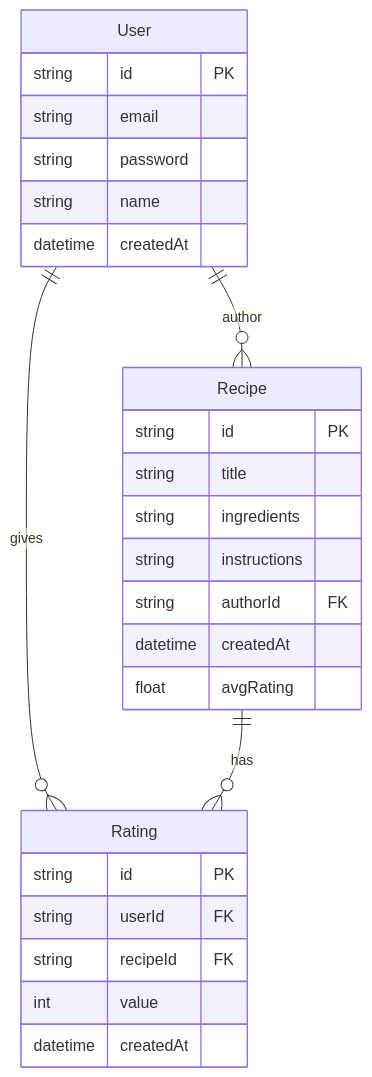
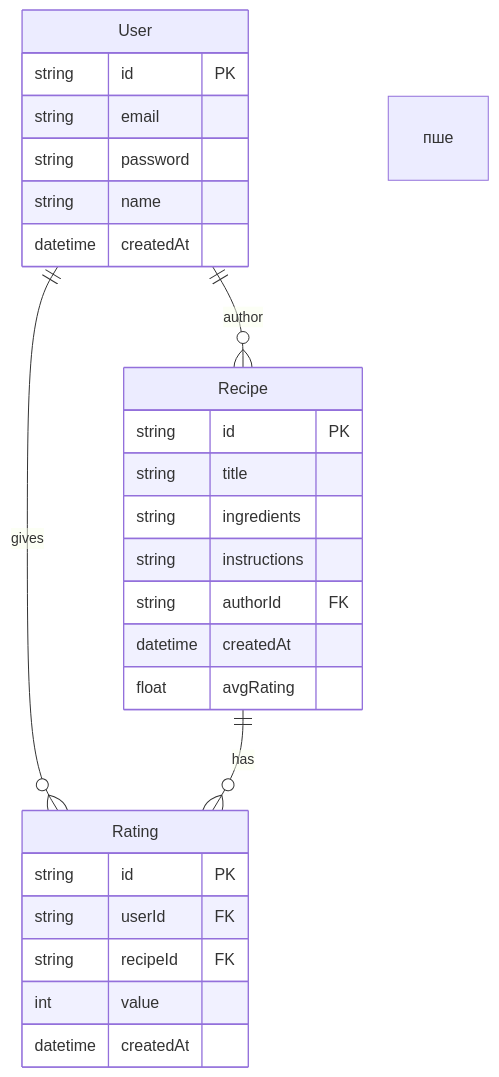
One commit to jeklon/Test-Task-FlavorAI changed the diagram in README.md. Above: the diagram before and after it, drawn with Mermaid. The commit also changed other lines of this file and 1 other file, not shown here.

````diff
--- a/README.md
+++ b/README.md
@@ -51,32 +51,32 @@
 ```mermaid
 erDiagram
    Recipe {
         string id PK
         string title
         string ingredients
         string instructions
         string authorId FK
         datetime createdAt
         float avgRating
    }
 
    Rating {
         string id PK
         string userId FK
         string recipeId FK
         int value
         datetime createdAt
    }
 
    User {
         string id PK
         string email
         string password
         string name
         datetime createdAt
    }
 
    User ||--o{ Recipe : "author"
    User ||--o{ Rating : "gives"
-   Recipe ||--o{ Rating : "has"
+   Recipe ||--o{ Rating : "has"пше
 ```
````
